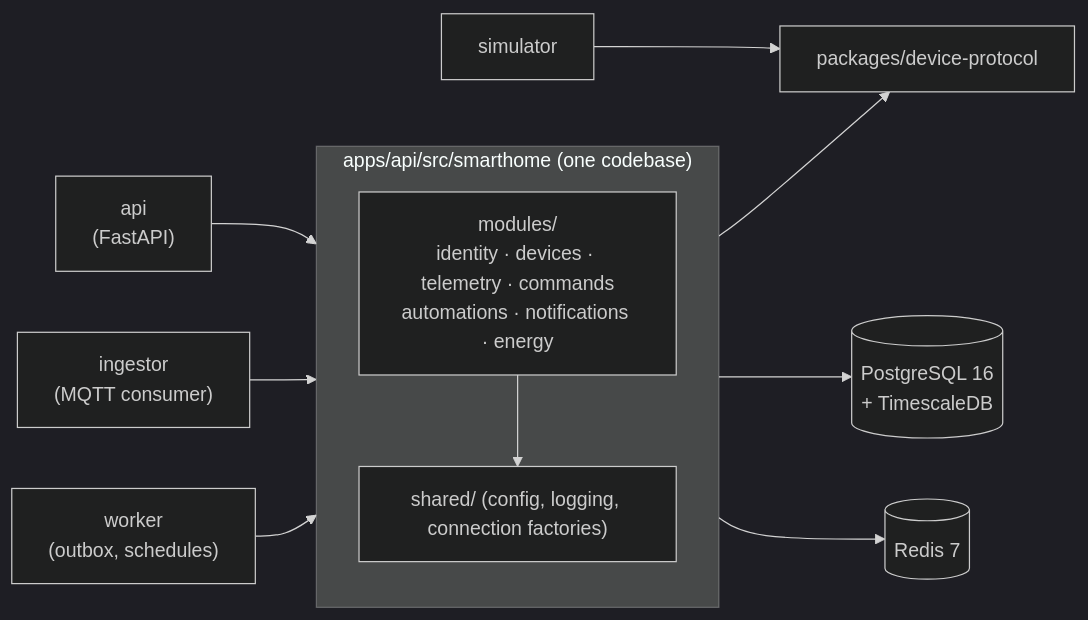
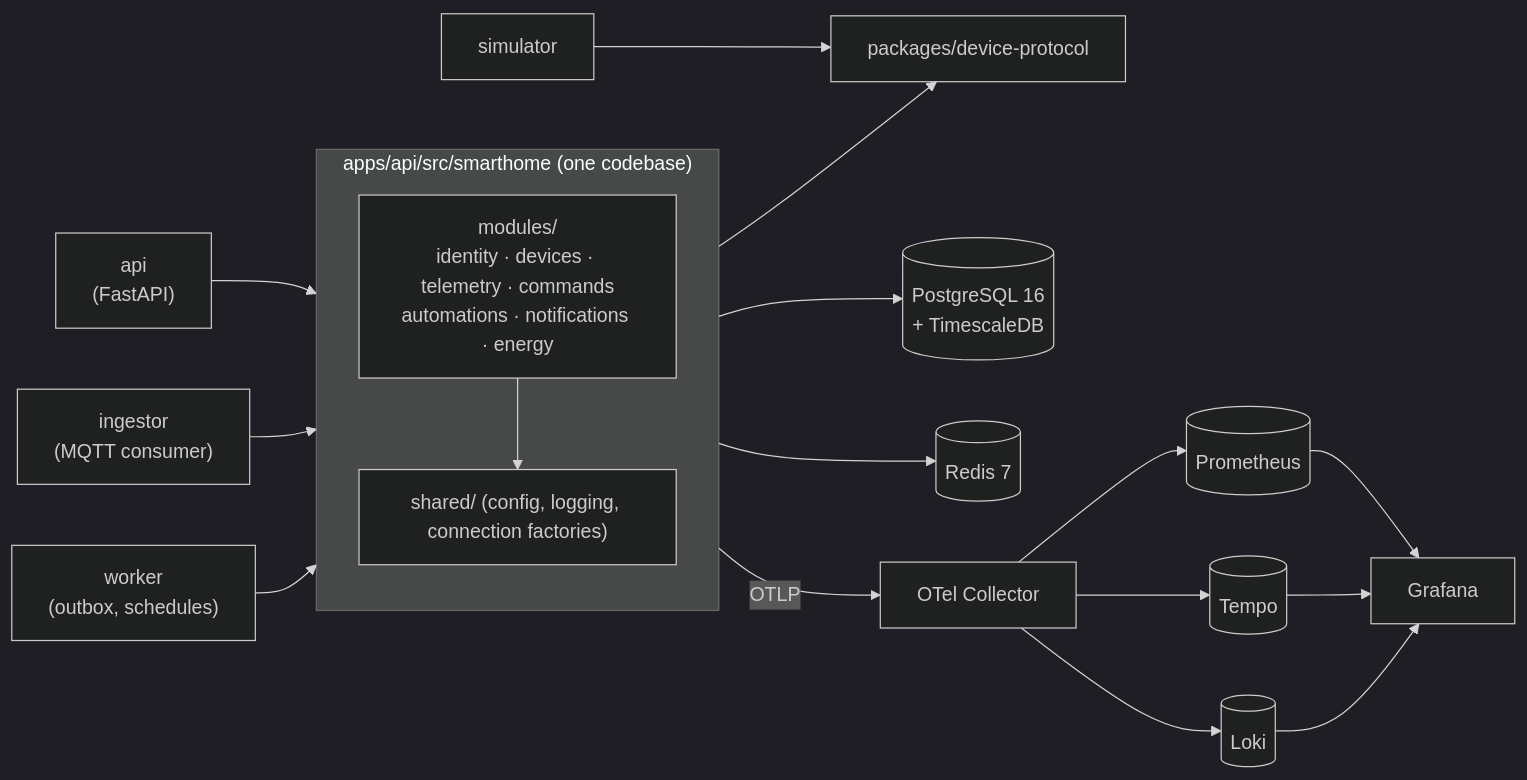
One commit to dev-danilocordeiro/smarthome-hub changed the diagram in README.md. Above: the diagram before and after it, drawn with Mermaid (dark theme). The commit also changed other lines of this file and 30 other files, not shown here.

Commit message:
feat: add OpenTelemetry pipeline with Prometheus, Tempo, Loki and Grafana (phase 2) (#1)

````diff
--- a/README.md
+++ b/README.md
@@ -26,16 +26,21 @@
 ```mermaid
 flowchart LR
   subgraph monolith["apps/api/src/smarthome (one codebase)"]
     direction TB
     modules["modules/<br/>identity · devices · telemetry · commands<br/>automations · notifications · energy"]
     shared["shared/ (config, logging, connection factories)"]
     modules --> shared
   end
   api["api<br/>(FastAPI)"] --> monolith
   ingestor["ingestor<br/>(MQTT consumer)"] --> monolith
   worker["worker<br/>(outbox, schedules)"] --> monolith
   simulator["simulator"] --> protocol["packages/device-protocol"]
   monolith --> protocol
   monolith --> pg[("PostgreSQL 16<br/>+ TimescaleDB")]
   monolith --> redis[("Redis 7")]
+  monolith -- OTLP --> otel["OTel Collector"]
+  otel --> prom[("Prometheus")]
+  otel --> tempo[("Tempo")]
+  otel --> loki[("Loki")]
+  prom & tempo & loki --> grafana["Grafana"]
 ```
````
